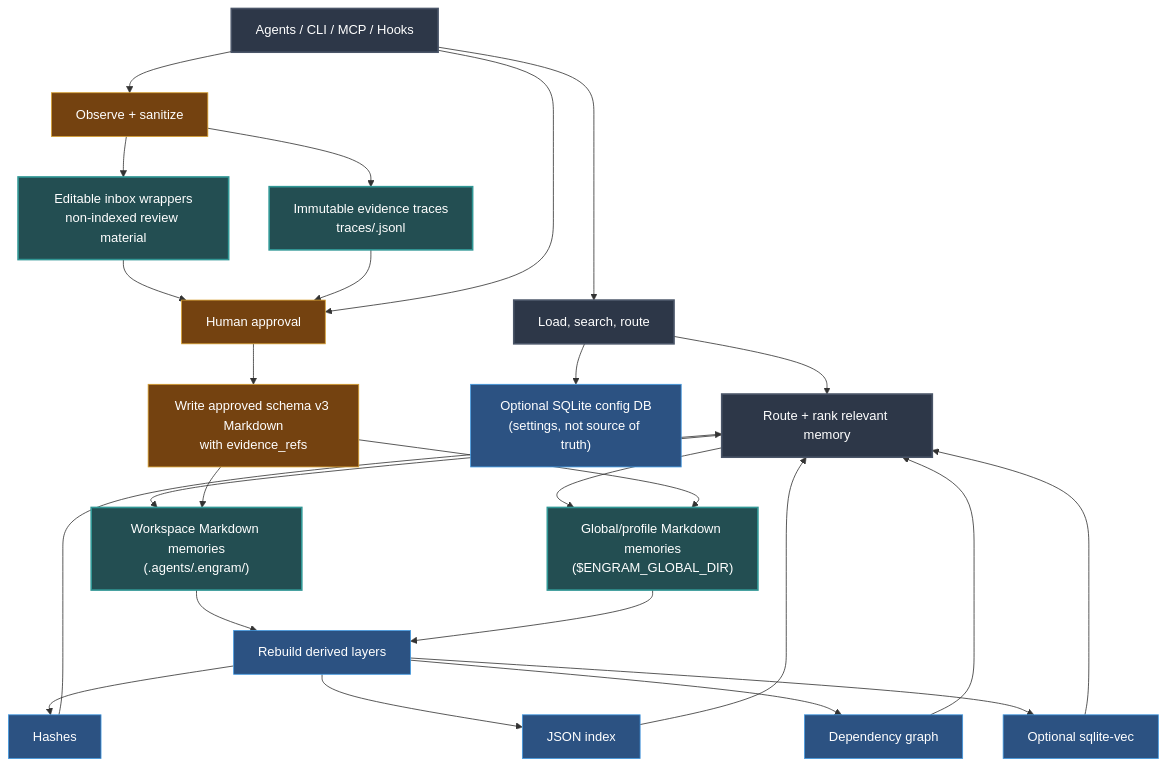
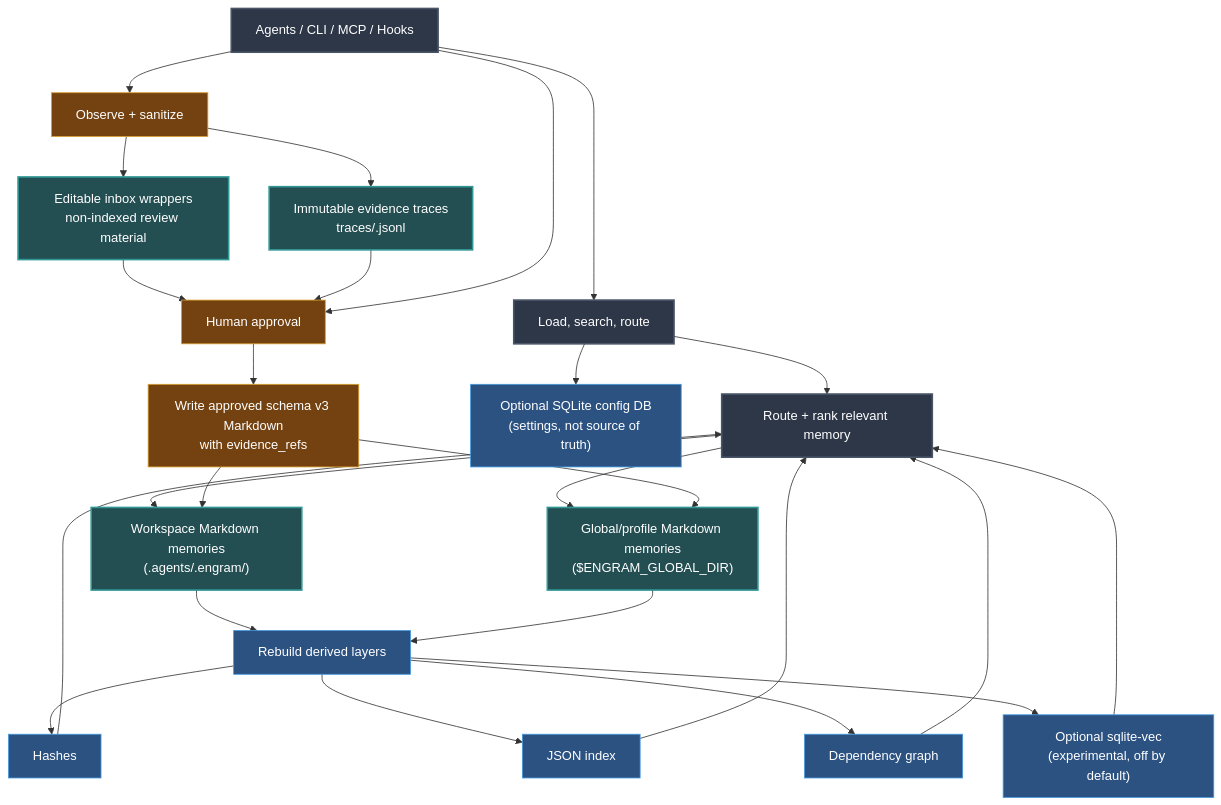
The second of 3 diagrams in README.md (the-long-ride/engram), drawn with Mermaid before and after one commit. The commit also changed other lines of this file and 11 other files, not shown here.

````diff
--- a/README.md
+++ b/README.md
@@ -139,49 +159,49 @@
 ```mermaid
 flowchart TB
     classDef source fill:#234e52,stroke:#319795,stroke-width:2px,color:#fff;
     classDef derived fill:#2c5282,stroke:#4299e1,stroke-width:1px,color:#fff;
     classDef runtime fill:#2d3748,stroke:#4a5568,stroke-width:2px,color:#fff;
     classDef write fill:#744210,stroke:#d69e2e,stroke-width:1px,color:#fff;
 
     Agent["Agents / CLI / MCP / Hooks"]:::runtime
     Query["Load, search, route"]:::runtime
     Rank["Route + rank relevant memory"]:::runtime
 
     WorkspaceMD["Workspace Markdown memories\n(.agents/.engram/)"]:::source
     GlobalMD["Global/profile Markdown memories\n($ENGRAM_GLOBAL_DIR)"]:::source
     TraceJSONL["Immutable evidence traces\ntraces/<trace-id>.jsonl"]:::source
     InboxMD["Editable inbox wrappers\nnon-indexed review material"]:::source
 
     Rebuild["Rebuild derived layers"]:::derived
     Hashes["Hashes"]:::derived
     Index["JSON index"]:::derived
     Graph["Dependency graph"]:::derived
-    Vec["Optional sqlite-vec"]:::derived
+    Vec["Optional sqlite-vec\n(experimental, off by default)"]:::derived
     ConfigDB["Optional SQLite config DB\n(settings, not source of truth)"]:::derived
 
     ObserveWrite["Observe + sanitize"]:::write
     Approve["Human approval"]:::write
     Persist["Write approved schema v3 Markdown\nwith evidence_refs"]:::write
 
     Agent --> Query --> Rank
     Rank --> WorkspaceMD
     Rank --> GlobalMD
     WorkspaceMD --> Rebuild
     GlobalMD --> Rebuild
     Rebuild --> Hashes
     Rebuild --> Index
     Rebuild --> Graph
     Rebuild --> Vec
     Query --> ConfigDB
     Hashes --> Rank
     Index --> Rank
     Graph --> Rank
     Vec --> Rank
     Agent --> ObserveWrite --> TraceJSONL
     ObserveWrite --> InboxMD
     InboxMD --> Approve
     TraceJSONL --> Approve
     Agent --> Approve --> Persist
     Persist --> WorkspaceMD
     Persist --> GlobalMD
 ```
````
